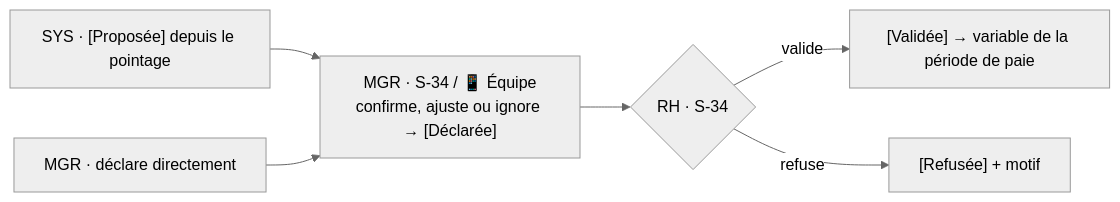
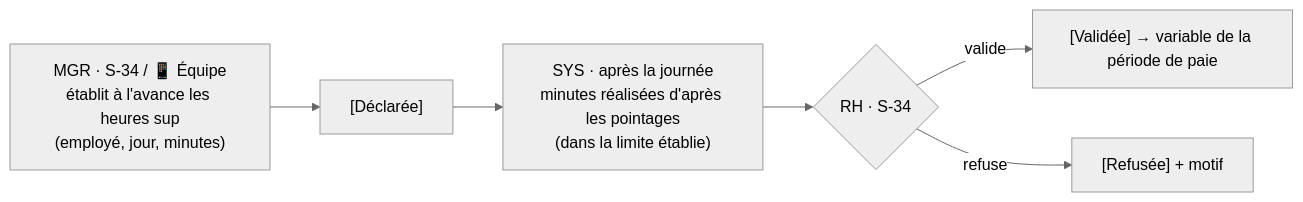
Before and after one commit to riyadaOne/fluxyrh-docs: diagram 12 of 21 in 01-specifications/APPFLOW.md, drawn with Mermaid (neutral theme). The commit also changed other lines of this file and 21 other files, not shown here.

````diff
--- a/01-specifications/APPFLOW.md
+++ b/01-specifications/APPFLOW.md
@@ -381,8 +393,8 @@
 ```mermaid
 flowchart LR
-    A["SYS · [Proposée] depuis le pointage"] --> B["MGR · S-34 / 📱 Équipe<br/>confirme, ajuste ou ignore → [Déclarée]"]
-    A2[MGR · déclare directement] --> B
-    B --> C{RH · S-34}
-    C -- valide --> D["[Validée] → variable de la période de paie"]
-    C -- refuse --> E["[Refusée] + motif"]
+    A["MGR · S-34 / 📱 Équipe<br/>établit à l'avance les heures sup<br/>(employé, jour, minutes)"] --> B["[Déclarée]"]
+    B --> C["SYS · après la journée<br/>minutes réalisées d'après les pointages<br/>(dans la limite établie)"]
+    C --> D{RH · S-34}
+    D -- valide --> E["[Validée] → variable de la période de paie"]
+    D -- refuse --> F["[Refusée] + motif"]
 ```
````
